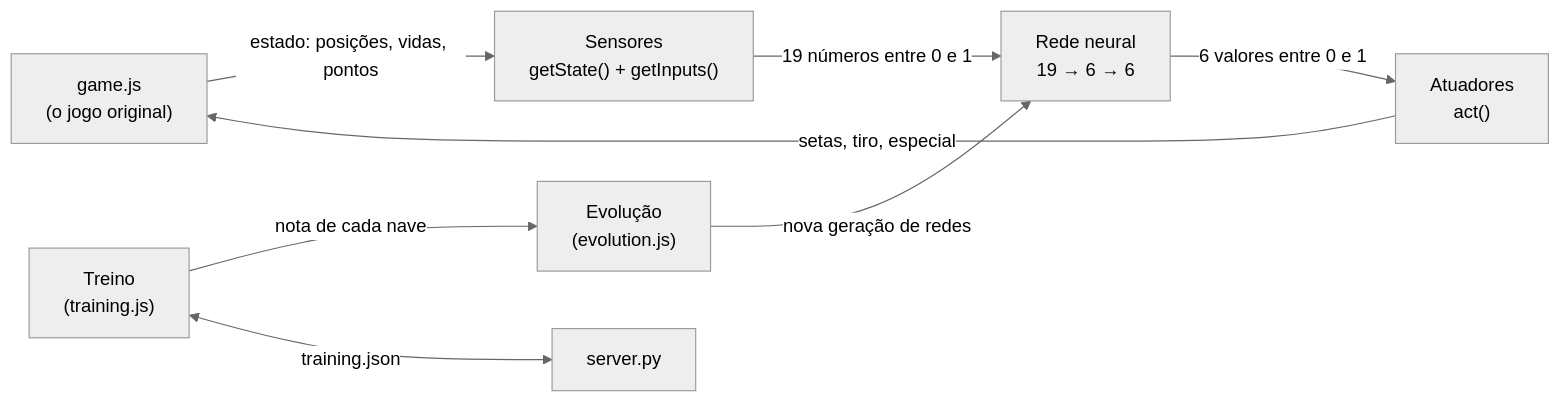
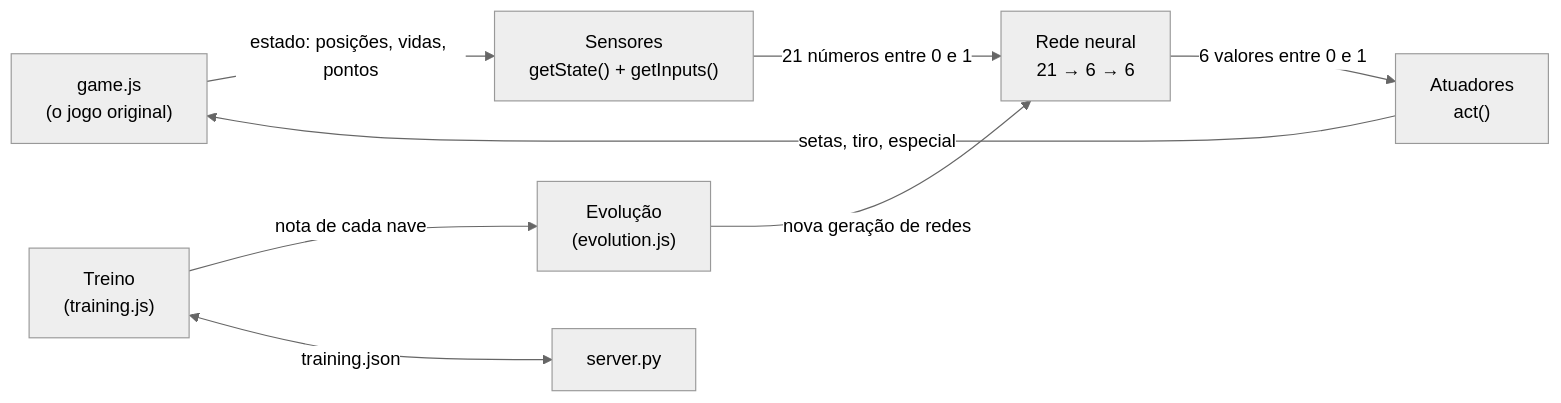
Before and after one commit to GuilhermeBrunholi/space-impact-ai: the diagram in docs/README.md, drawn with Mermaid (neutral theme). The commit also changed other lines of this file and 22 other files, not shown here.

````diff
--- a/docs/README.md
+++ b/docs/README.md
@@ -46,10 +46,10 @@
 ```mermaid
 flowchart LR
     G["game.js<br/>(o jogo original)"] -->|estado: posições, vidas, pontos| S["Sensores<br/>getState() + getInputs()"]
-    S -->|19 números entre 0 e 1| N["Rede neural<br/>19 → 6 → 6"]
+    S -->|21 números entre 0 e 1| N["Rede neural<br/>21 → 6 → 6"]
     N -->|6 valores entre 0 e 1| A["Atuadores<br/>act()"]
     A -->|setas, tiro, especial| G
     T["Treino<br/>(training.js)"] -->|nota de cada nave| E["Evolução<br/>(evolution.js)"]
     E -->|nova geração de redes| N
     T <-->|training.json| P["server.py"]
 ```
````
